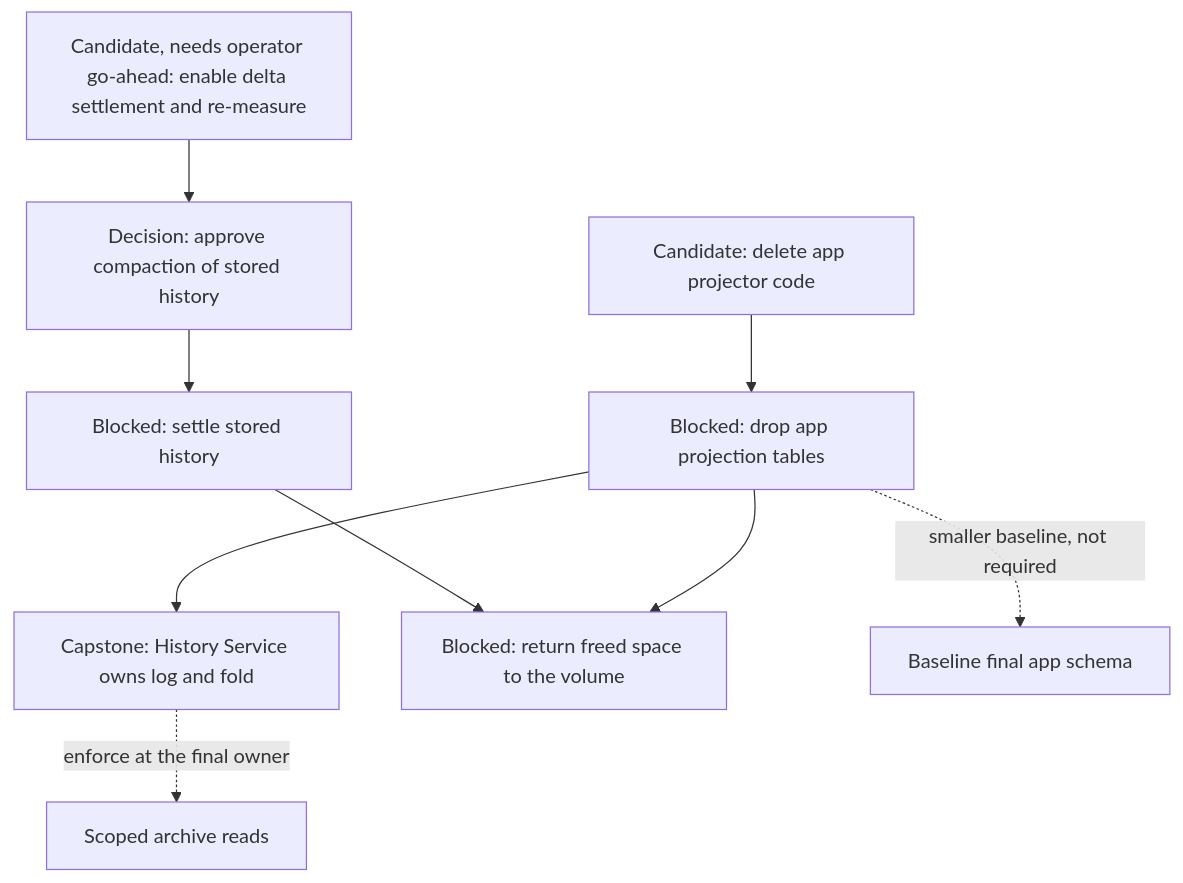
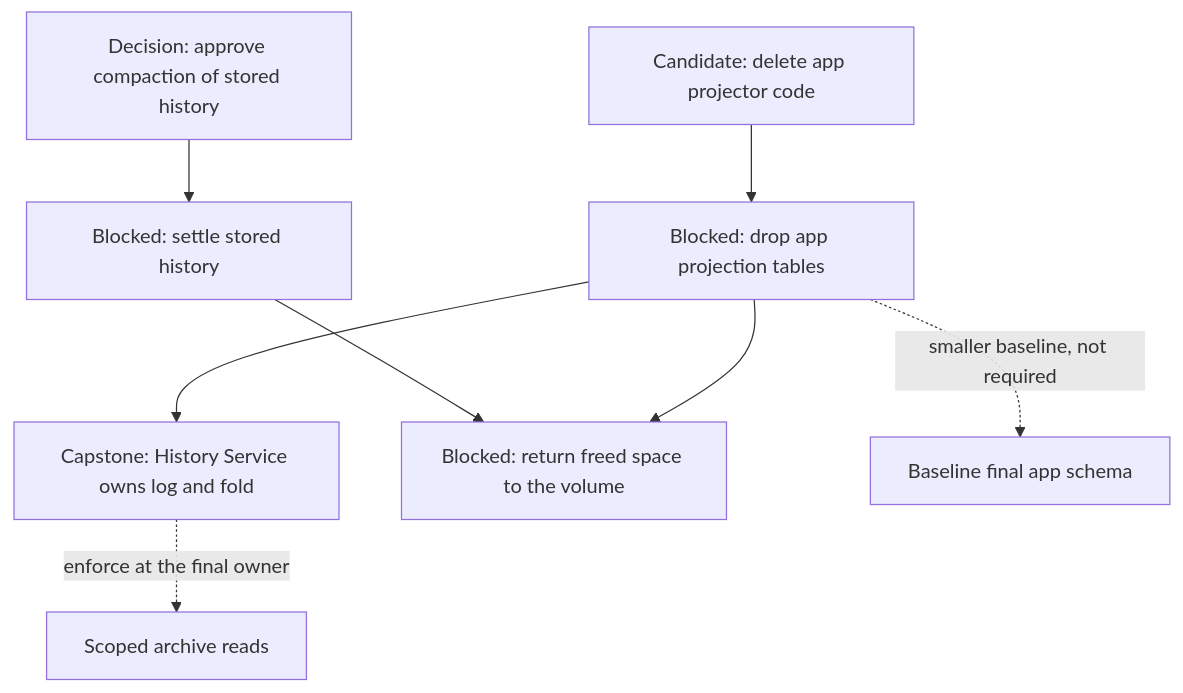
The eighth of 12 diagrams in agentplane/plans/task_dag.md (agentydragon-agent/ducktape), drawn with Mermaid before and after one commit. The commit also changed other lines of this file and 3 other files, not shown here.

First line of the commit message:
agentplane: turn on delta settlement in agentplane-staging (#9935)

````diff
--- a/agentplane/plans/task_dag.md
+++ b/agentplane/plans/task_dag.md
@@ -575,20 +575,18 @@
 ```mermaid
 flowchart TD
     APP_PROJECTOR_RETIRE[Candidate: delete app projector code]
     APP_PROJECTION_RETIRE[Blocked: drop app projection tables]
     HISTORY_SERVICE_OWNERSHIP[Capstone: History Service owns log and fold]
-    SESSION_EVENT_RETENTION_ENABLE[Candidate, needs operator go-ahead: enable delta settlement and re-measure]
     SESSION_EVENT_COMPACTION_PLAN[Decision: approve compaction of stored history]
     SESSION_EVENT_COMPACTION[Blocked: settle stored history]
     HISTORY_REPACK[Blocked: return freed space to the volume]
     APP_ALEMBIC_SQUASH[Baseline final app schema]
     THREAD_READ_POLICY[Scoped archive reads]
     APP_PROJECTOR_RETIRE --> APP_PROJECTION_RETIRE
     APP_PROJECTION_RETIRE --> HISTORY_SERVICE_OWNERSHIP
-    SESSION_EVENT_RETENTION_ENABLE --> SESSION_EVENT_COMPACTION_PLAN
     SESSION_EVENT_COMPACTION_PLAN --> SESSION_EVENT_COMPACTION
     SESSION_EVENT_COMPACTION --> HISTORY_REPACK
     APP_PROJECTION_RETIRE --> HISTORY_REPACK
     APP_PROJECTION_RETIRE -. smaller baseline, not required .-> APP_ALEMBIC_SQUASH
     HISTORY_SERVICE_OWNERSHIP -. enforce at the final owner .-> THREAD_READ_POLICY
 ```
````
